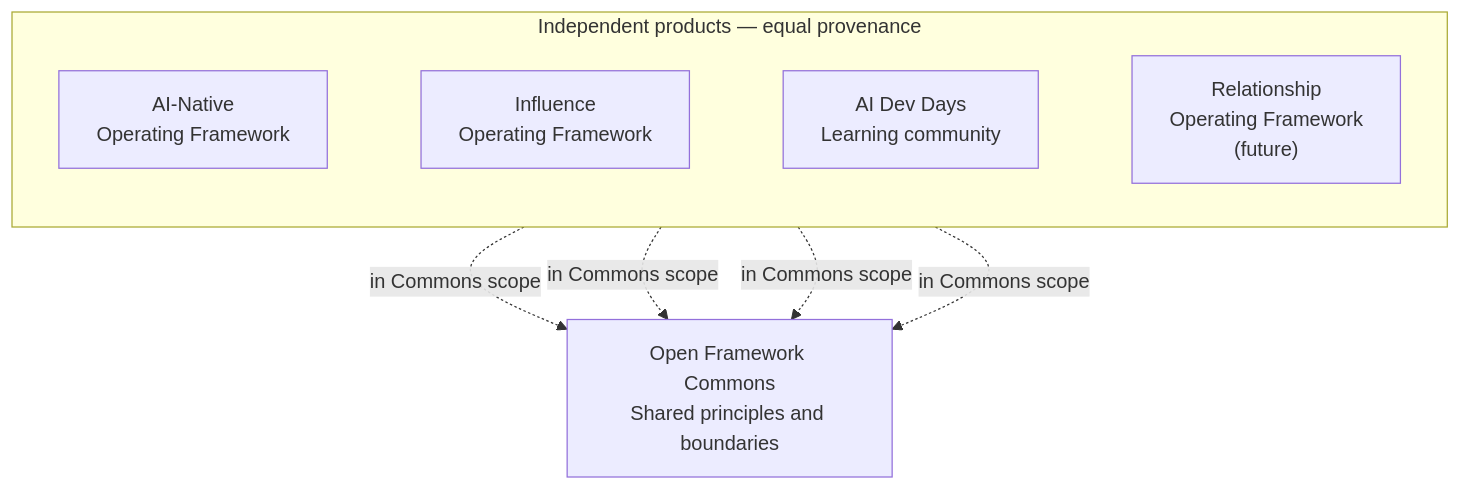
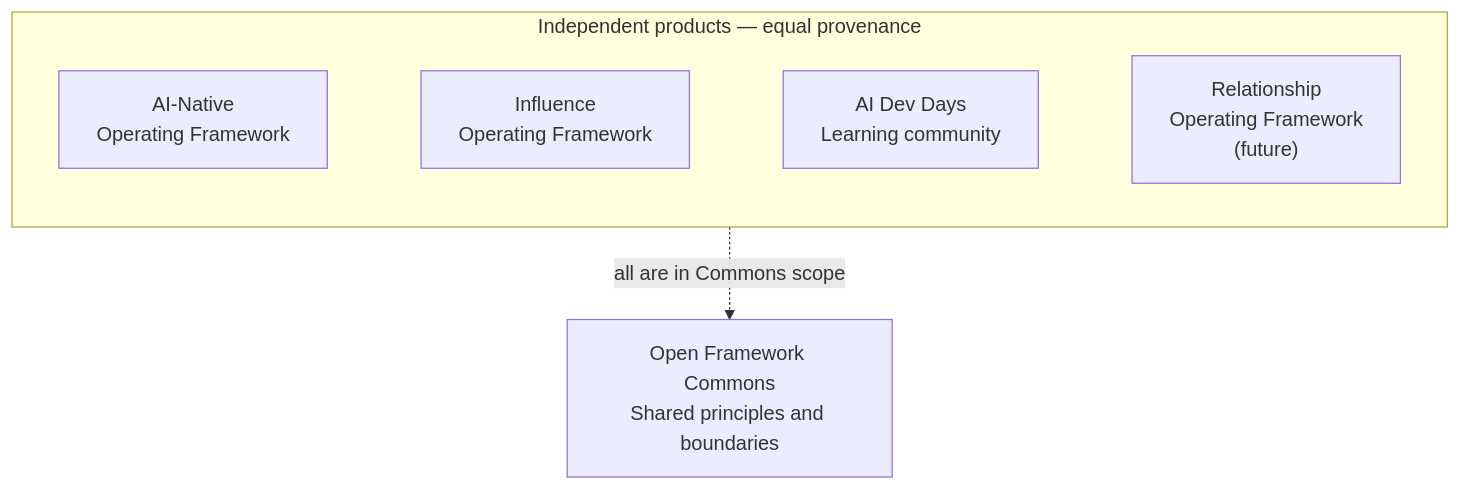
The diagram in README.md (BradGroux/open-framework-commons), drawn with Mermaid before and after one commit. The commit also changed other lines of this file, not shown here.

Commit message:
fix: align Commons status with adopted release

````diff
--- a/README.md
+++ b/README.md
@@ -20,21 +20,18 @@
 ```mermaid
 flowchart TB
   subgraph products["Independent products — equal provenance"]
     direction LR
     native["AI-Native<br/>Operating Framework"]
     influence["Influence<br/>Operating Framework"]
     devdays["AI Dev Days<br/>Learning community"]
     relationship["Relationship<br/>Operating Framework<br/>(future)"]
 
     native ~~~ influence
     influence ~~~ devdays
     devdays ~~~ relationship
   end
 
   commons["Open Framework Commons<br/>Shared principles and boundaries"]
 
-  native -. "in Commons scope" .-> commons
-  influence -. "in Commons scope" .-> commons
-  devdays -. "in Commons scope" .-> commons
-  relationship -. "in Commons scope" .-> commons
+  products -. "all are in Commons scope" .-> commons
 ```
````
